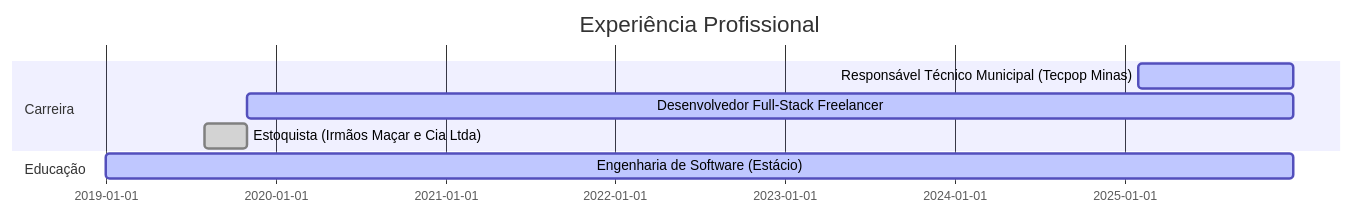
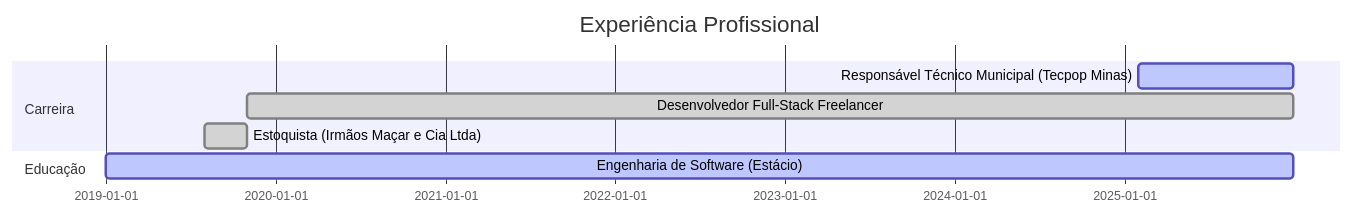
Before and after one commit to AlesonPungirum/AlesonPungirum: the second of 4 diagrams in README.md, drawn with Mermaid.

````diff
--- a/README.md
+++ b/README.md
@@ -135,14 +135,14 @@
 ```mermaid
 gantt
     title Experiência Profissional
     dateFormat  YYYY-MM-DD
 
     section Carreira
     Responsável Técnico Municipal (Tecpop Minas)  :active, 2025-02-01, 2025-12-31
-    Desenvolvedor Full-Stack Freelancer           :active, 2019-11-01, 2025-12-31
+    Desenvolvedor Full-Stack Freelancer           :done, 2019-11-01, 2025-12-31
     Estoquista (Irmãos Maçar e Cia Ltda)          :done, 2019-08-01, 2019-10-31
 
     section Educação
     Engenharia de Software (Estácio)              :active, 2019-01-01, 2025-12-31
 
 ```
````
